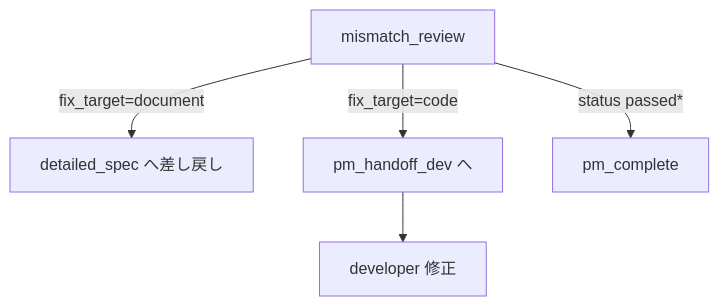
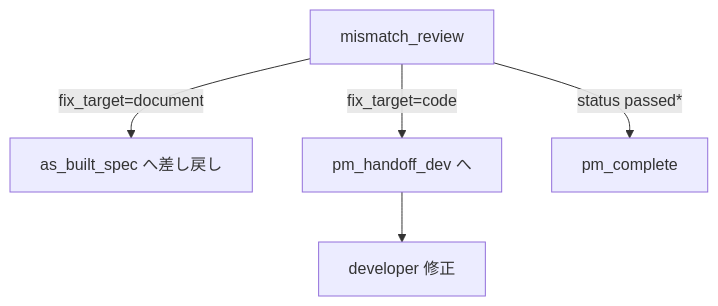
Before and after one commit to shin16m/org-operations-agents: the first of 3 diagrams in output/development/specs/agent-composition-spec.md, drawn with Mermaid. The commit also changed other lines of this file and 41 other files, not shown here.

````diff
--- a/output/development/specs/agent-composition-spec.md
+++ b/output/development/specs/agent-composition-spec.md
@@ -202,8 +213,8 @@
 ```mermaid
 flowchart TD
   MR[mismatch_review]
-  MR -->|fix_target=document| DS[detailed_spec へ差し戻し]
+  MR -->|fix_target=document| AS[as_built_spec へ差し戻し]
   MR -->|fix_target=code| PM[pm_handoff_dev へ]
   PM --> DEV[developer 修正]
   MR -->|status passed*| DONE[pm_complete]
 ```
````
